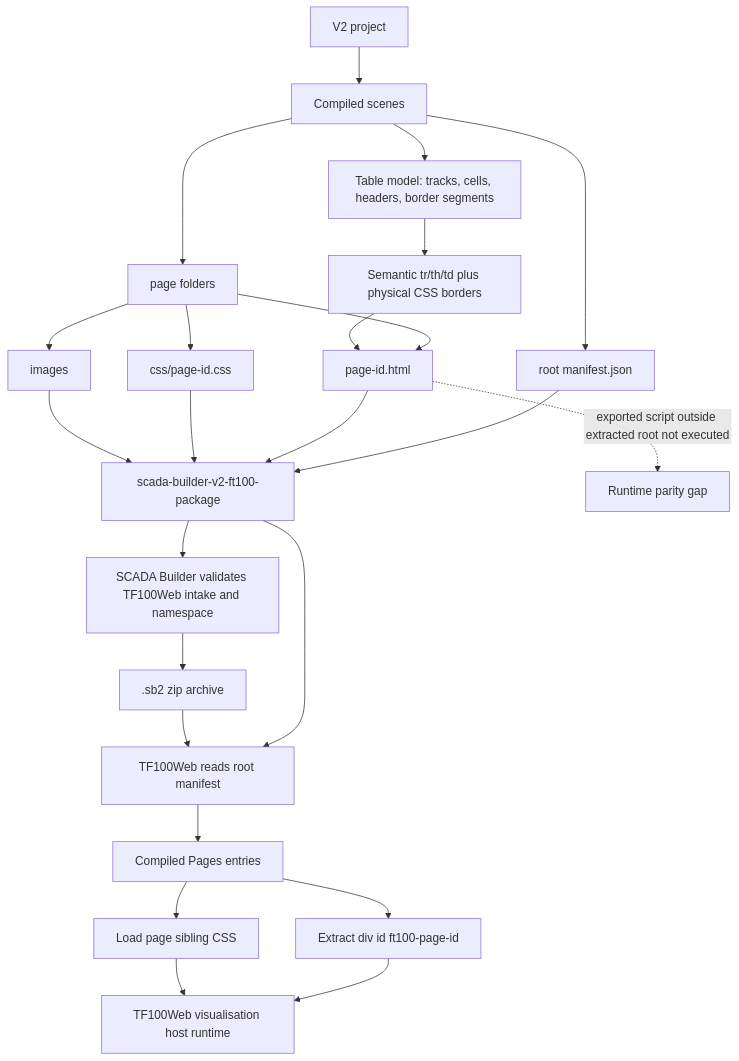
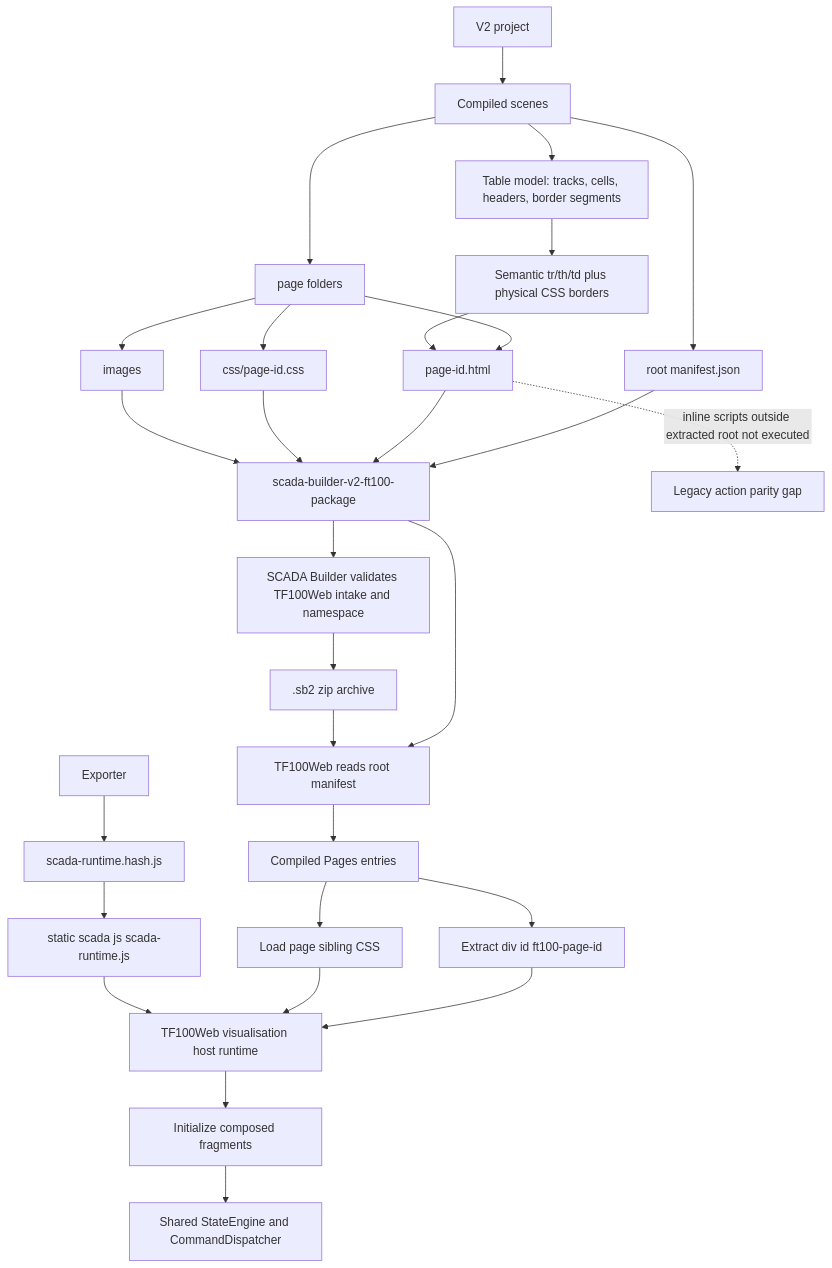
The diagram in docs/10_generated/EXPORT_FLOW_DIAGRAM_V2.md (technologiesflorizon/scadabuilder), drawn with Mermaid before and after one commit. The commit also changed other lines of this file and 19 other files, not shown here.

````diff
--- a/docs/10_generated/EXPORT_FLOW_DIAGRAM_V2.md
+++ b/docs/10_generated/EXPORT_FLOW_DIAGRAM_V2.md
@@ -16,26 +17,31 @@
 ```mermaid
 flowchart TD
   Project[V2 project] --> Scenes[Compiled scenes]
   Scenes --> Tables[Table model: tracks, cells, headers, border segments]
   Tables --> TableHtml[Semantic tr/th/td plus physical CSS borders]
   Scenes --> Manifest[root manifest.json]
   Scenes --> Pages[page folders]
   Pages --> Html[page-id.html]
   Pages --> Css[css/page-id.css]
   Pages --> Images[images]
+  Exporter --> Runtime[scada-runtime.hash.js]
   Manifest --> Package[scada-builder-v2-ft100-package]
   Html --> Package
   TableHtml --> Html
   Css --> Package
   Images --> Package
   Package --> Validate[SCADA Builder validates TF100Web intake and namespace]
   Validate --> Sb2[.sb2 zip archive]
   Package --> TfManifest[TF100Web reads root manifest]
   Sb2 --> TfManifest
   TfManifest --> TfPages[Compiled Pages entries]
   TfPages --> TfFragment[Extract div id ft100-page-id]
   TfPages --> TfCss[Load page sibling CSS]
   TfFragment --> TfHost[TF100Web visualisation host runtime]
   TfCss --> TfHost
-  Html -. exported script outside extracted root not executed .-> TfGap[Runtime parity gap]
+  Runtime --> TfRuntime[static scada js scada-runtime.js]
+  TfRuntime --> TfHost
+  TfHost --> Init[Initialize composed fragments]
+  Init --> StateCommand[Shared StateEngine and CommandDispatcher]
+  Html -. inline scripts outside extracted root not executed .-> TfGap[Legacy action parity gap]
 ```
````
